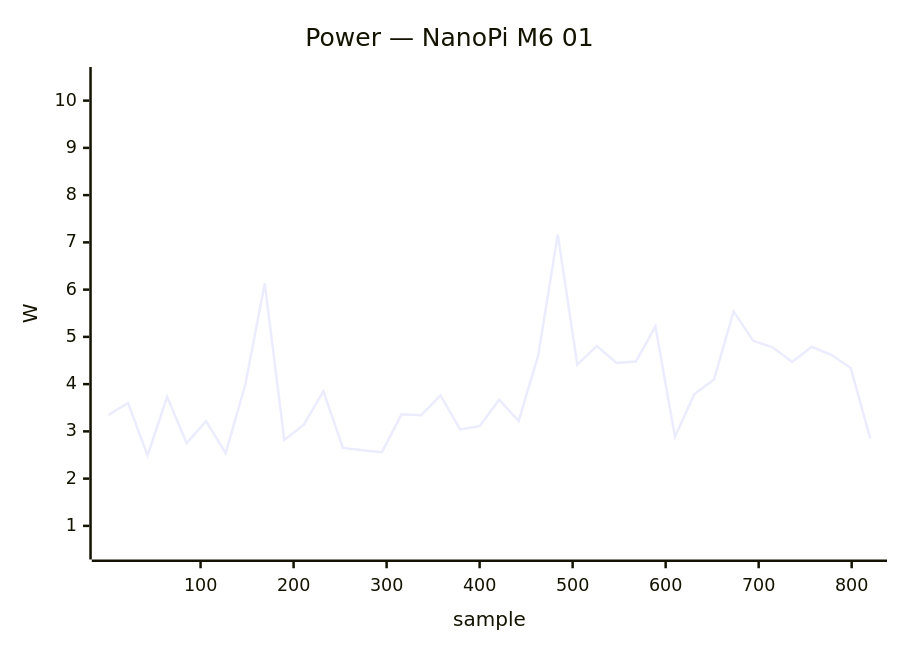
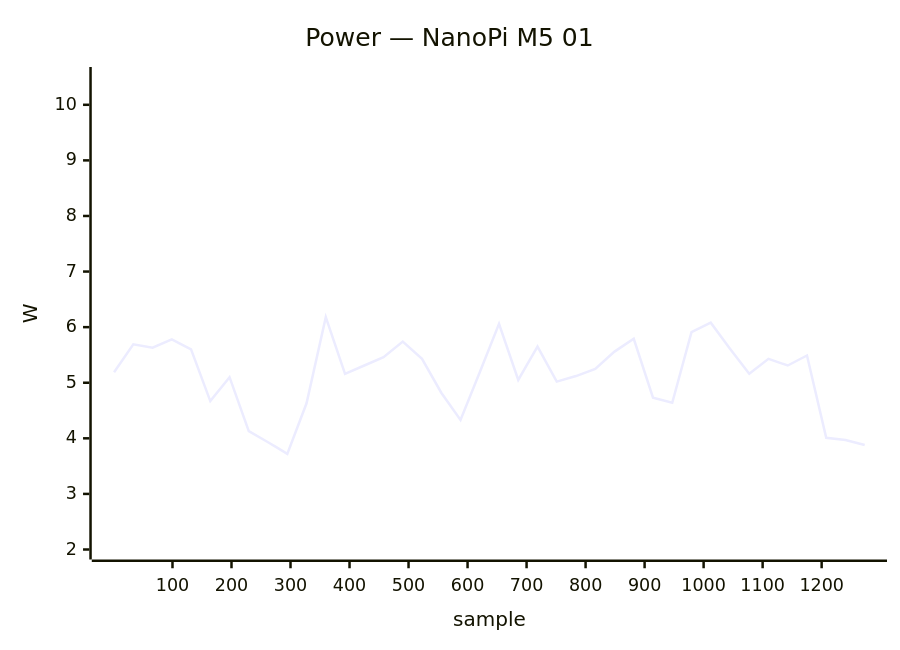
Diagram 21 of 40 in docs/status/board-tests.md (armbian/documentation), drawn with Mermaid before and after one commit. The commit also changed other lines of this file, not shown here.

````diff
--- a/docs/status/board-tests.md
+++ b/docs/status/board-tests.md
@@ -932,7 +938,7 @@
 ```mermaid
 xychart-beta
-    title "Power — NanoPi M6 01"
-    x-axis "sample" 1 --> 820
-    y-axis "W" 0.5 --> 10.5
-    line [3.35, 3.60, 2.49, 3.73, 2.75, 3.22, 2.54, 3.98, 6.13, 2.82, 3.14, 3.85, 2.65, 2.60, 2.56, 3.36, 3.34, 3.76, 3.04, 3.11, 3.67, 3.22, 4.61, 7.17, 4.41, 4.81, 4.45, 4.48, 5.22, 2.89, 3.79, 4.10, 5.54, 4.92, 4.78, 4.47, 4.79, 4.62, 4.34, 2.85]
+    title "Power — NanoPi M5 01"
+    x-axis "sample" 1 --> 1273
+    y-axis "W" 2.0 --> 10.5
+    line [5.19, 5.69, 5.63, 5.78, 5.60, 4.67, 5.10, 4.13, 3.93, 3.72, 4.63, 6.18, 5.16, 5.31, 5.46, 5.74, 5.43, 4.82, 4.33, 5.19, 6.06, 5.05, 5.65, 5.02, 5.12, 5.25, 5.56, 5.79, 4.73, 4.64, 5.91, 6.08, 5.61, 5.16, 5.43, 5.31, 5.49, 4.01, 3.97, 3.88]
 ```
````
